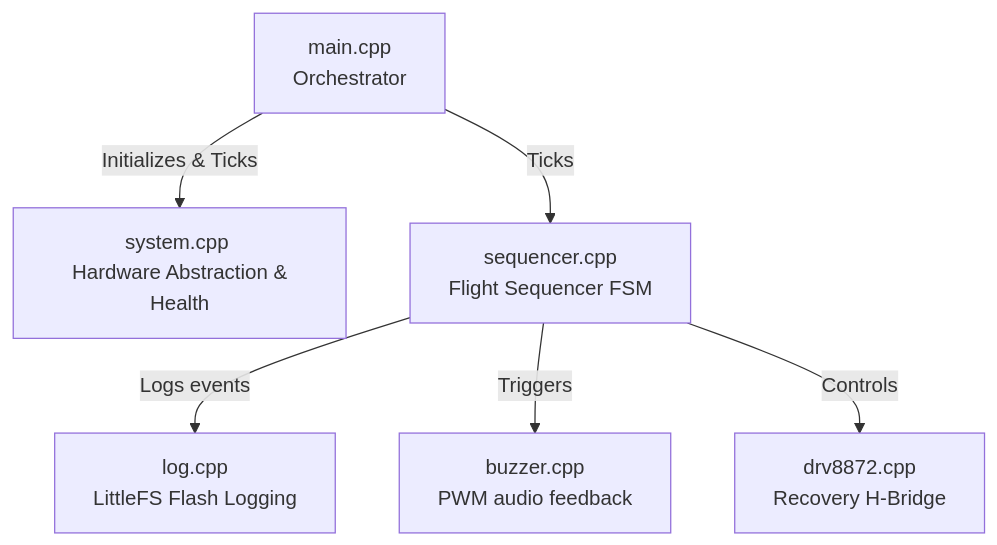
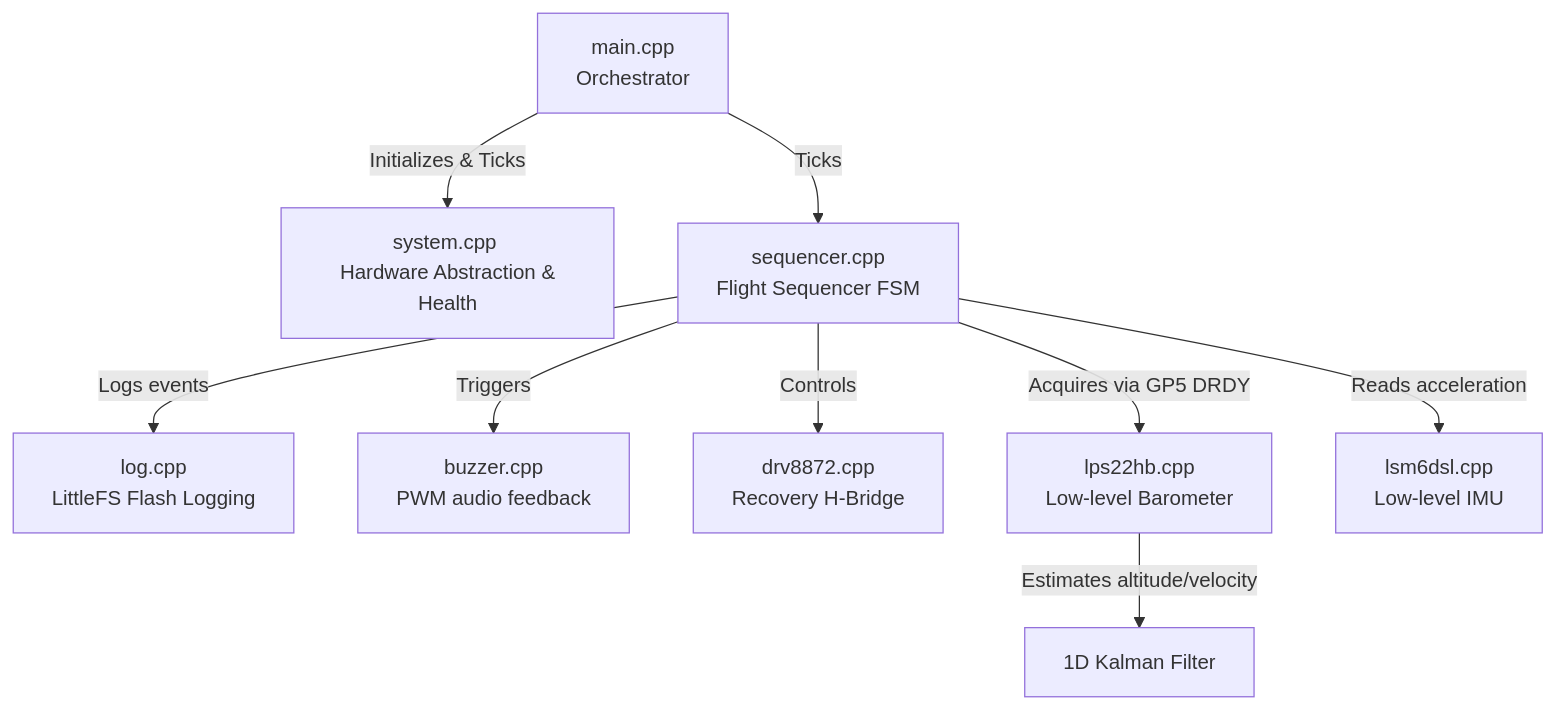
Before and after one commit to axpaul/FlightSoftware-Mastodonte: the diagram in README.md, drawn with Mermaid. The commit also changed other lines of this file, not shown here.

````diff
--- a/README.md
+++ b/README.md
@@ -35,8 +33,11 @@
 ```mermaid
 graph TD
     Main[main.cpp <br/> Orchestrator] -->|Initializes & Ticks| Sys[system.cpp <br/> Hardware Abstraction & Health]
     Main -->|Ticks| Seq[sequencer.cpp <br/> Flight Sequencer FSM]
     Seq -->|Logs events| Log[log.cpp <br/> LittleFS Flash Logging]
     Seq -->|Triggers| Buzzer[buzzer.cpp <br/> PWM audio feedback]
     Seq -->|Controls| Motors[drv8872.cpp <br/> Recovery H-Bridge]
+    Seq -->|Acquires via GP5 DRDY| Baro[lps22hb.cpp <br/> Low-level Barometer]
+    Baro -->|Estimates altitude/velocity| Kalman[1D Kalman Filter]
+    Seq -->|Reads acceleration| IMU[lsm6dsl.cpp <br/> Low-level IMU]
 ```
````
